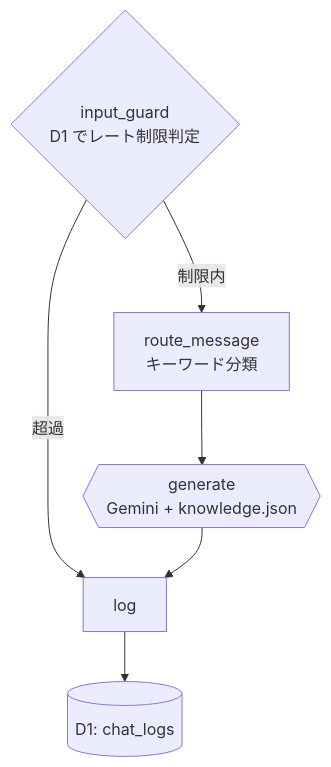
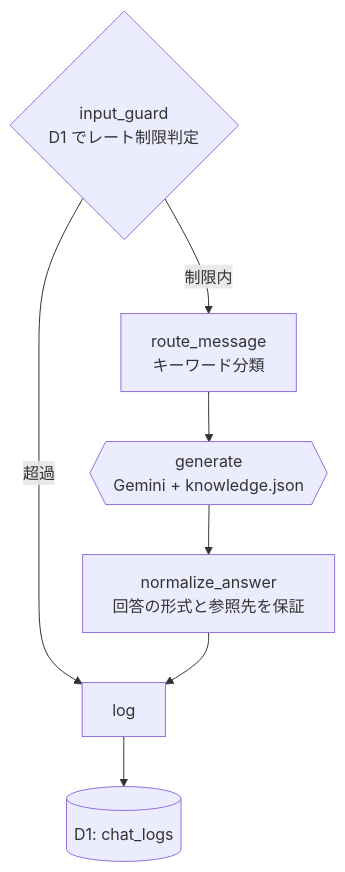
One commit to yktsnet/folio-agent changed the first of 2 diagrams in README.md. Above: the diagram before and after it, drawn with Mermaid. The commit also changed other lines of this file and 15 other files, not shown here.

First line of the commit message:
refactor(handler): 回答の形式を「頼む」側と「保証する」側に分け、生成の後ろに normalize_answer を置く (#61)

````diff
--- a/README.md
+++ b/README.md
@@ -39,9 +39,10 @@
 ```mermaid
 flowchart TD
     Guard{"input_guard<br/>D1 でレート制限判定"}
     Guard -->|"制限内"| Route["route_message<br/>キーワード分類"]
     Guard -->|"超過"| Log["log"]
     Route --> Generate{{"generate<br/>Gemini + knowledge.json"}}
-    Generate --> Log
+    Generate --> Normalize["normalize_answer<br/>回答の形式と参照先を保証"]
+    Normalize --> Log
     Log --> D1[("D1: chat_logs")]
 ```
````
